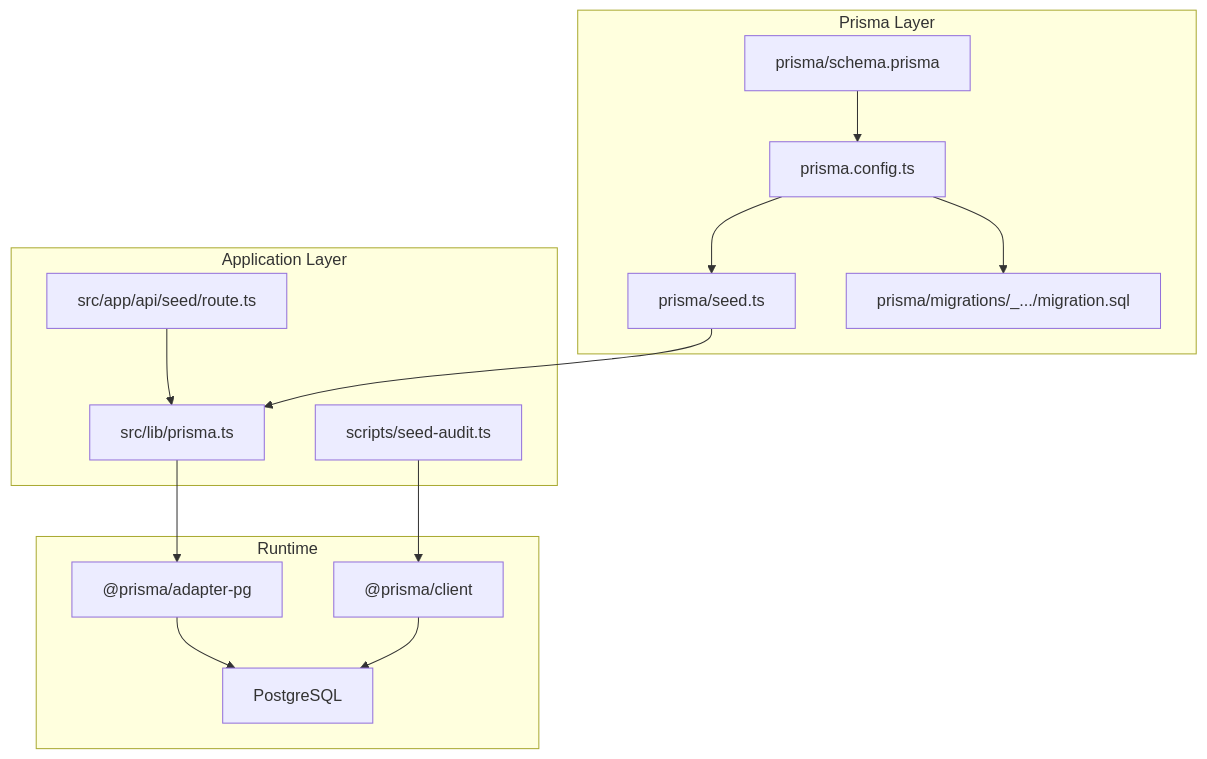
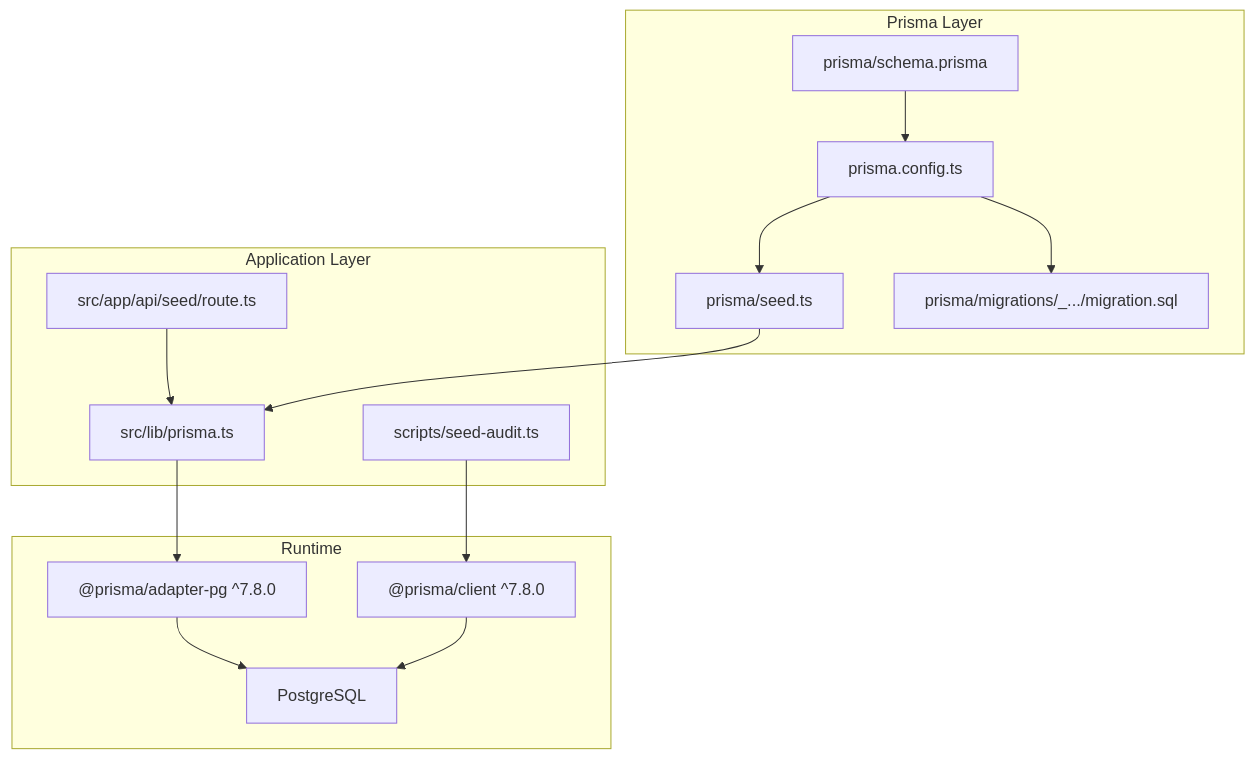
The first of 9 diagrams in .qoder/repowiki/en/content/Database Design/Migration Management.md (bazs69/ApsAsrama), drawn with Mermaid before and after one commit. The commit also changed other lines of this file and 34 other files, not shown here.

````diff
--- a/.qoder/repowiki/en/content/Database Design/Migration Management.md
+++ b/.qoder/repowiki/en/content/Database Design/Migration Management.md
@@ -34,28 +42,28 @@
 ```mermaid
 graph TB
 subgraph "Prisma Layer"
 SCHEMA["prisma/schema.prisma"]
 CFG["prisma.config.ts"]
 SEED_TS["prisma/seed.ts"]
 MIG_DIR["prisma/migrations/<timestamp>_.../migration.sql"]
 end
 subgraph "Application Layer"
 PRISMA_LIB["src/lib/prisma.ts"]
 API_SEED["src/app/api/seed/route.ts"]
 SCRIPT_AUDIT["scripts/seed-audit.ts"]
 end
 subgraph "Runtime"
-CLIENT["@prisma/client"]
-ADAPTER["@prisma/adapter-pg"]
+CLIENT["@prisma/client ^7.8.0"]
+ADAPTER["@prisma/adapter-pg ^7.8.0"]
 PG["PostgreSQL"]
 end
 SCHEMA --> CFG
 CFG --> SEED_TS
 CFG --> MIG_DIR
 API_SEED --> PRISMA_LIB
 SEED_TS --> PRISMA_LIB
 SCRIPT_AUDIT --> CLIENT
 PRISMA_LIB --> ADAPTER
 ADAPTER --> PG
 CLIENT --> PG
 ```
````
